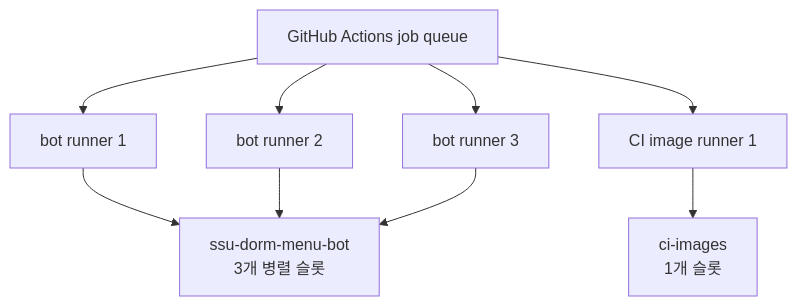
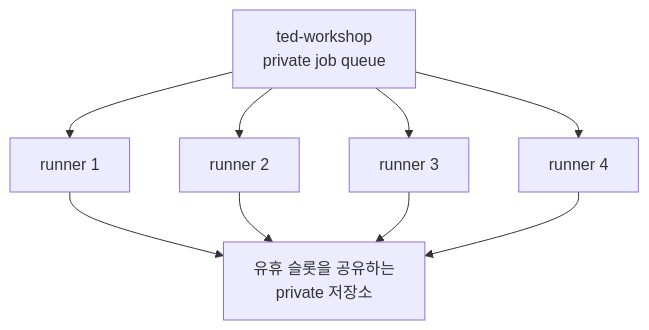
One commit to kitae0522/kitae0522.github.io changed the first of 6 diagrams in src/content/posts/2026-08-31-003.md. Above: the diagram before and after it, drawn with Mermaid. The commit also changed other lines of this file and 3 other files, not shown here.

Commit message:
blog: update home server series for ted-workshop runner pool

````diff
--- a/src/content/posts/2026-08-31-003.md
+++ b/src/content/posts/2026-08-31-003.md
@@ -31,12 +33,12 @@
 ```mermaid
 flowchart TB
-  GitHub["GitHub Actions job queue"] --> Bot1["bot runner 1"]
-  GitHub --> Bot2["bot runner 2"]
-  GitHub --> Bot3["bot runner 3"]
-  GitHub --> Image["CI image runner 1"]
+  Org["ted-workshop\nprivate job queue"] --> R1["runner 1"]
+  Org --> R2["runner 2"]
+  Org --> R3["runner 3"]
+  Org --> R4["runner 4"]
 
-  Bot1 --> BotPool["ssu-dorm-menu-bot\n3개 병렬 슬롯"]
-  Bot2 --> BotPool
-  Bot3 --> BotPool
-  Image --> ImagePool["ci-images\n1개 슬롯"]
+  R1 --> Shared["유휴 슬롯을 공유하는\nprivate 저장소"]
+  R2 --> Shared
+  R3 --> Shared
+  R4 --> Shared
 ```
````
